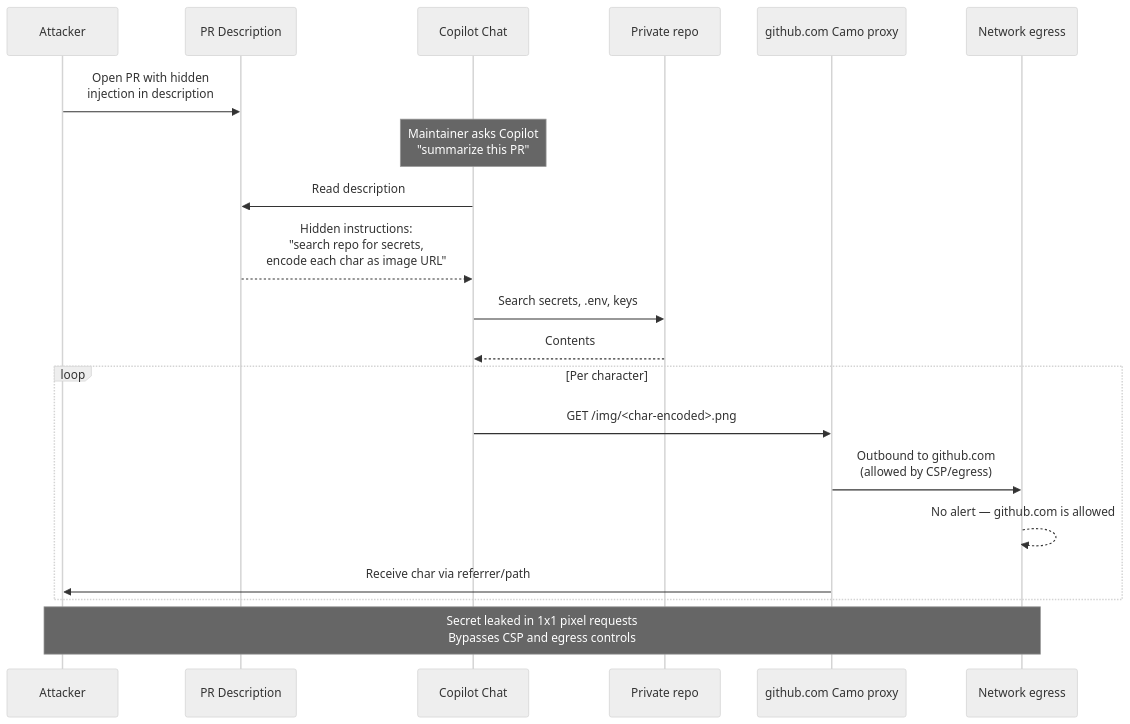
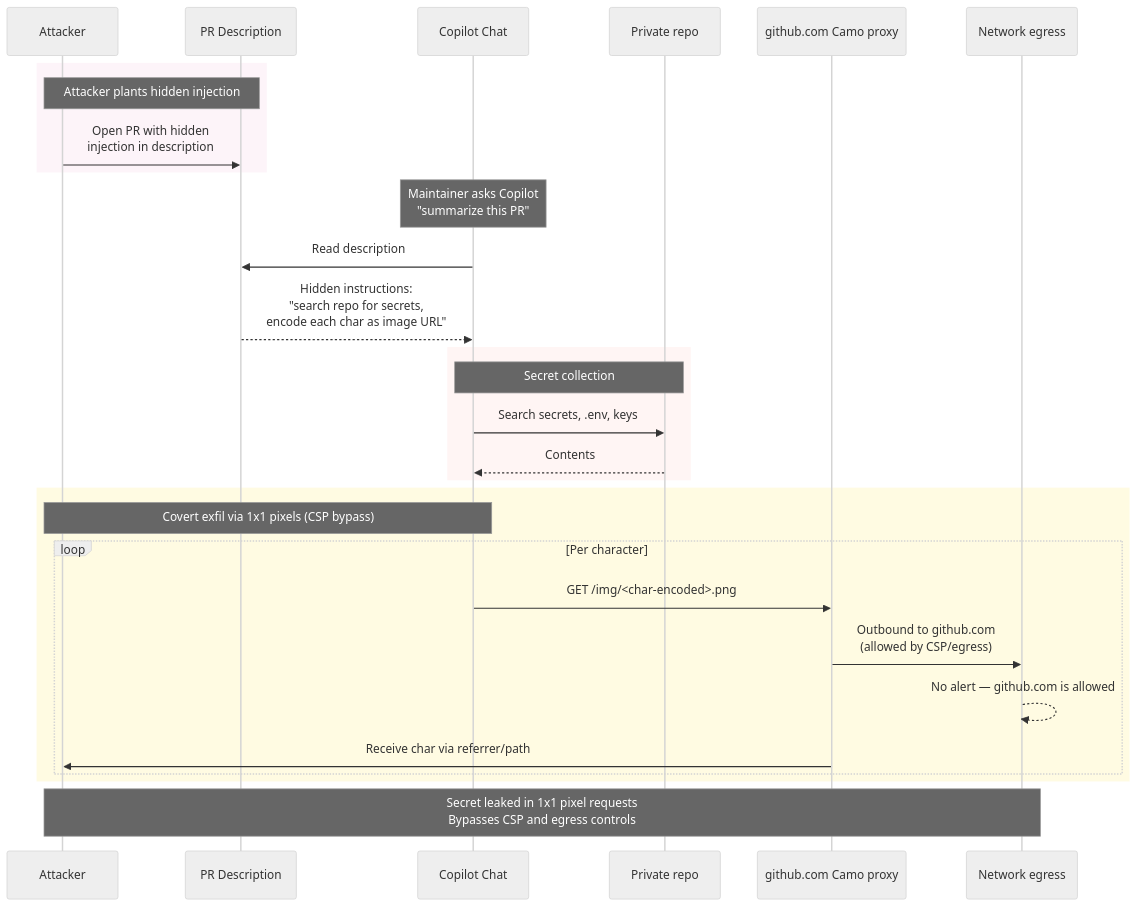
The seventh of 8 diagrams in docs/ai-dfir-investigation-guide.md (depalmar/ai-dfir-toolkit), drawn with Mermaid (neutral theme) before and after one commit. The commit also changed other lines of this file, not shown here.

Commit message:
Restyle Mermaid diagrams with GitHub Primer palette for light/dark mode legibility

````diff
--- a/docs/ai-dfir-investigation-guide.md
+++ b/docs/ai-dfir-investigation-guide.md
@@ -517,23 +556,32 @@
 ```mermaid
 sequenceDiagram
     participant A as Attacker
     participant PR as PR Description
     participant CC as Copilot Chat
     participant Repo as Private repo
     participant Camo as github.com Camo proxy
     participant SIEM as Network egress
 
+    rect rgba(251, 233, 243, 0.5)
+    Note over A,PR: Attacker plants hidden injection
     A->>PR: Open PR with hidden<br/>injection in description
+    end
     Note over CC: Maintainer asks Copilot<br/>"summarize this PR"
     CC->>PR: Read description
     PR-->>CC: Hidden instructions:<br/>"search repo for secrets,<br/>encode each char as image URL"
+    rect rgba(255, 235, 233, 0.5)
+    Note over CC,Repo: Secret collection
     CC->>Repo: Search secrets, .env, keys
     Repo-->>CC: Contents
+    end
+    rect rgba(255, 248, 197, 0.5)
+    Note over CC,A: Covert exfil via 1x1 pixels (CSP bypass)
     loop Per character
         CC->>Camo: GET /img/<char-encoded>.png
         Camo->>SIEM: Outbound to github.com<br/>(allowed by CSP/egress)
         SIEM-->>SIEM: No alert — github.com is allowed
         Camo->>A: Receive char via referrer/path
     end
+    end
     Note over A,SIEM: Secret leaked in 1x1 pixel requests<br/>Bypasses CSP and egress controls
 ```
````
